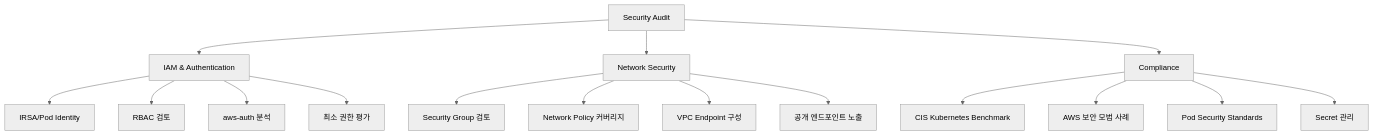
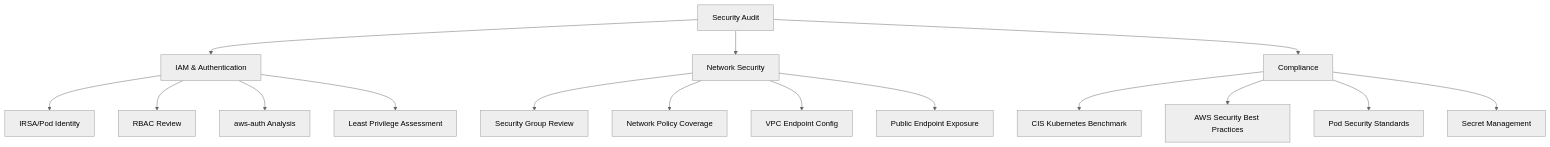
The diagram in docs/docs/aws-ops-plugin/skills/ops-security-audit.md (Atom-oh/oh-my-cloud-skills), drawn with Mermaid (neutral theme) before and after one commit. The commit also changed other lines of this file and 18 other files, not shown here.

````diff
--- a/docs/docs/aws-ops-plugin/skills/ops-security-audit.md
+++ b/docs/docs/aws-ops-plugin/skills/ops-security-audit.md
@@ -24,21 +23,21 @@
 ```mermaid
 flowchart TD
     AUDIT[Security Audit] --> IAM[IAM & Authentication]
     AUDIT --> NET[Network Security]
     AUDIT --> COMP[Compliance]
 
     IAM --> IRSA[IRSA/Pod Identity]
-    IAM --> RBAC[RBAC 검토]
-    IAM --> AUTH[aws-auth 분석]
-    IAM --> LP[최소 권한 평가]
+    IAM --> RBAC[RBAC Review]
+    IAM --> AUTH[aws-auth Analysis]
+    IAM --> LP[Least Privilege Assessment]
 
-    NET --> SG[Security Group 검토]
-    NET --> NP[Network Policy 커버리지]
-    NET --> VPE[VPC Endpoint 구성]
-    NET --> PUBLIC[공개 엔드포인트 노출]
+    NET --> SG[Security Group Review]
+    NET --> NP[Network Policy Coverage]
+    NET --> VPE[VPC Endpoint Config]
+    NET --> PUBLIC[Public Endpoint Exposure]
 
     COMP --> CIS[CIS Kubernetes Benchmark]
-    COMP --> AWS[AWS 보안 모범 사례]
+    COMP --> AWS[AWS Security Best Practices]
     COMP --> PSS[Pod Security Standards]
-    COMP --> SEC[Secret 관리]
+    COMP --> SEC[Secret Management]
 ```
````
